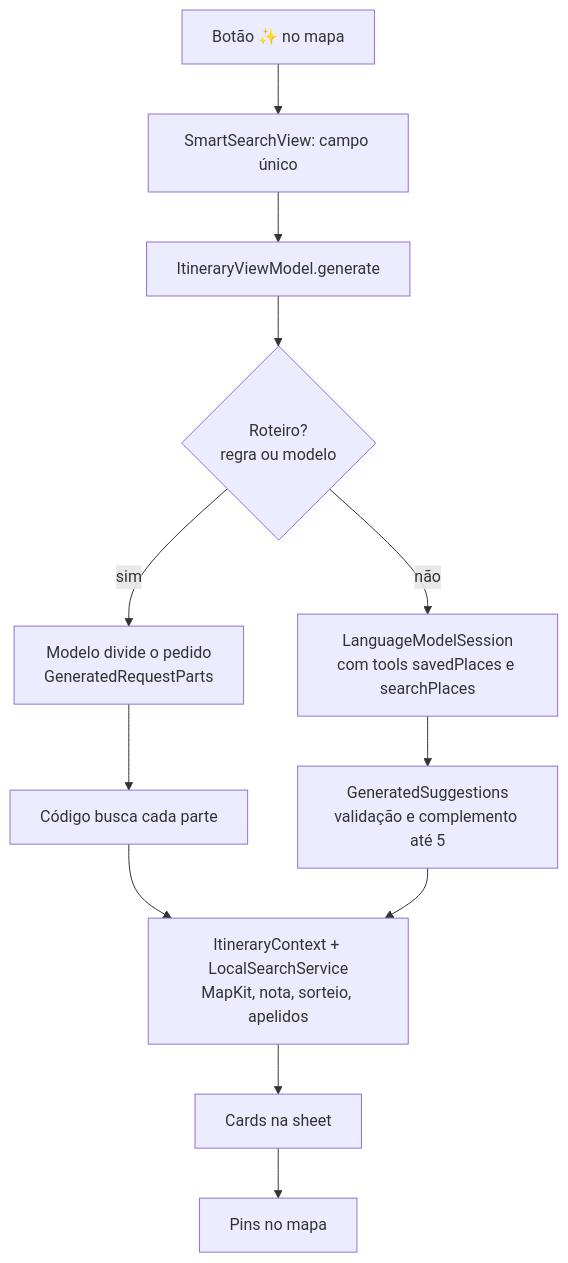
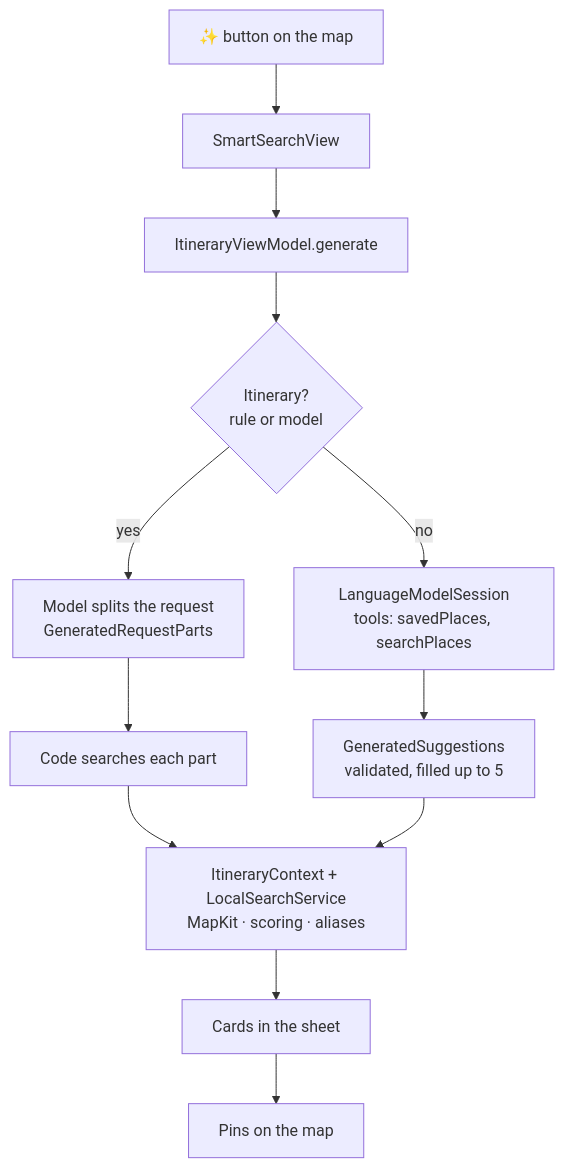
The diagram in README.md (hissapinto/Pontilho), drawn with Mermaid before and after one commit. The commit also changed other lines of this file and 3 other files, not shown here.

````diff
--- a/README.md
+++ b/README.md
@@ -43,14 +101,14 @@
 ```mermaid
 flowchart TD
-    A[Botão ✨ no mapa] --> B[SmartSearchView: campo único]
+    A[✨ button on the map] --> B[SmartSearchView]
     B --> C[ItineraryViewModel.generate]
-    C --> D{Roteiro?<br/>regra ou modelo}
-    D -- sim --> E[Modelo divide o pedido<br/>GeneratedRequestParts]
-    E --> F[Código busca cada parte]
-    D -- não --> G[LanguageModelSession<br/>com tools savedPlaces e searchPlaces]
-    G --> H[GeneratedSuggestions<br/>validação e complemento até 5]
-    F --> I[ItineraryContext + LocalSearchService<br/>MapKit, nota, sorteio, apelidos]
+    C --> D{Itinerary?<br/>rule or model}
+    D -- yes --> E[Model splits the request<br/>GeneratedRequestParts]
+    E --> F[Code searches each part]
+    D -- no --> G[LanguageModelSession<br/>tools: savedPlaces, searchPlaces]
+    G --> H[GeneratedSuggestions<br/>validated, filled up to 5]
+    F --> I[ItineraryContext + LocalSearchService<br/>MapKit · scoring · aliases]
     H --> I
-    I --> J[Cards na sheet]
-    J --> K[Pins no mapa]
+    I --> J[Cards in the sheet]
+    J --> K[Pins on the map]
 ```
````
